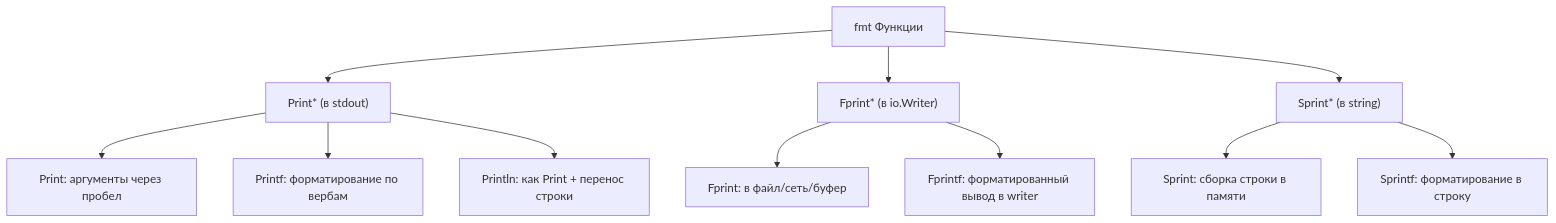
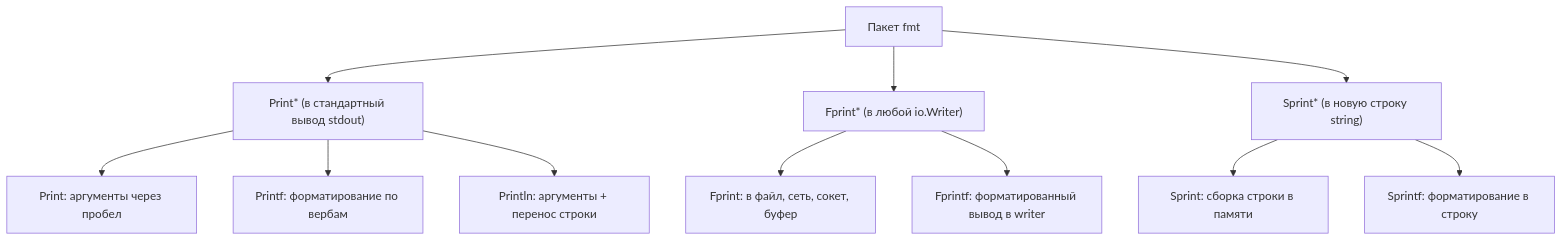
Before and after one commit to UnrealTemplier/go-textbook: the first of 2 diagrams in sources/6. Стандартная библиотека Go/2. fmt. Форматированный вывод и форматирование строк.md, drawn with Mermaid. The commit also changed other lines of this file, not shown here.

````diff
--- a/sources/6. Стандартная библиотека Go/2. fmt. Форматированный вывод и форматирование строк.md
+++ b/sources/6. Стандартная библиотека Go/2. fmt. Форматированный вывод и форматирование строк.md
@@ -50,16 +61,16 @@
 ```mermaid
 flowchart TD
-    Root["fmt Функции"] --> P["Print* (в stdout)"]
-    Root --> F["Fprint* (в io.Writer)"]
-    Root --> S["Sprint* (в string)"]
+    Root["Пакет fmt"] --> P["Print* (в стандартный вывод stdout)"]
+    Root --> F["Fprint* (в любой io.Writer)"]
+    Root --> S["Sprint* (в новую строку string)"]
     
     P --> P1["Print: аргументы через пробел"]
     P --> P2["Printf: форматирование по вербам"]
-    P --> P3["Println: как Print + перенос строки"]
+    P --> P3["Println: аргументы + перенос строки"]
     
-    F --> F1["Fprint: в файл/сеть/буфер"]
+    F --> F1["Fprint: в файл, сеть, сокет, буфер"]
     F --> F2["Fprintf: форматированный вывод в writer"]
     
     S --> S1["Sprint: сборка строки в памяти"]
     S --> S2["Sprintf: форматирование в строку"]
 ```
````
